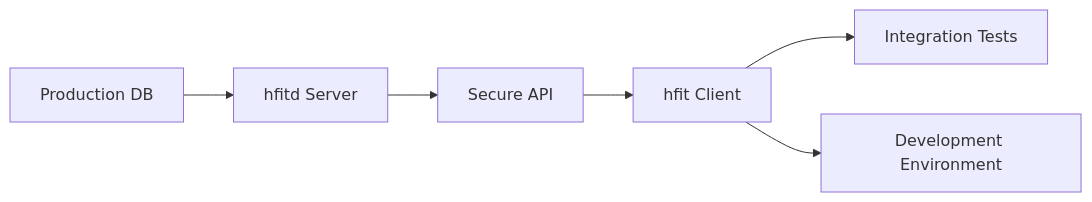
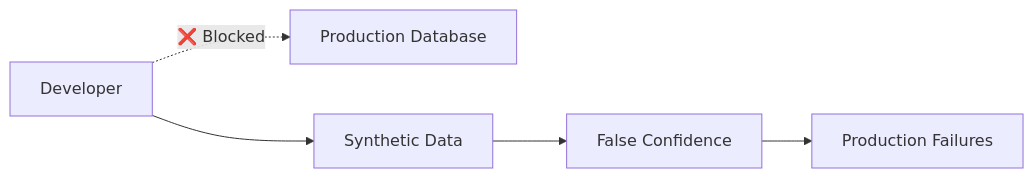
Before and after one commit to danielecr/hfit-doc: the first of 4 diagrams in docs/index.md, drawn with Mermaid. The commit also changed other lines of this file and 5 other files, not shown here.

````diff
--- a/docs/index.md
+++ b/docs/index.md
@@ -46,8 +23,7 @@
 ```mermaid
 graph LR
-    A[Production DB] --> B[hfitd Server]
-    B --> C[Secure API]
-    C --> D[hfit Client]
-    D --> E[Integration Tests]
-    D --> F[Development Environment]
+    A[Developer] -.->|❌ Blocked| B[Production Database]
+    A --> C[Synthetic Data]
+    C --> D[False Confidence]
+    D --> E[Production Failures]
 ```
````
